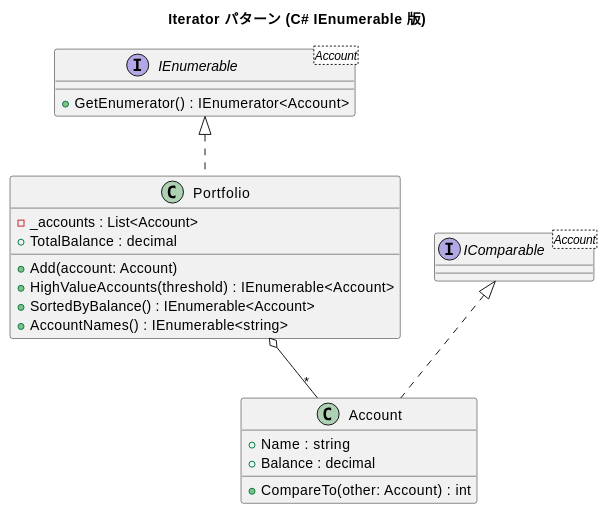
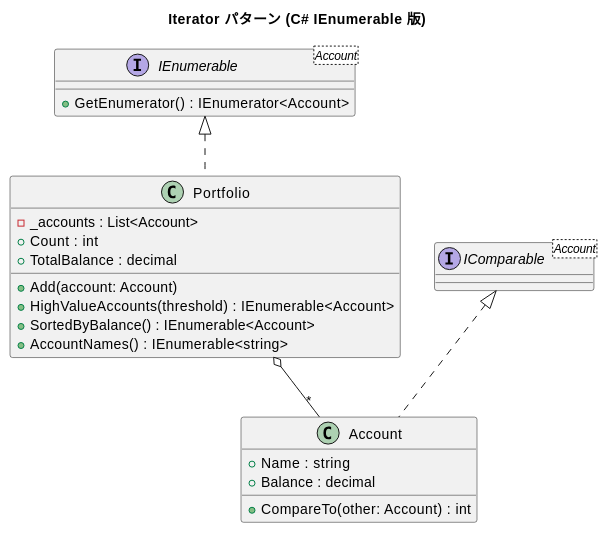
The diagram in docs/article/csharp/08-iterator.md (k2works/getting-started-design-pattern), drawn with PlantUML before and after one commit. The commit also changed other lines of this file and 7 other files, not shown here.

````diff
--- a/docs/article/csharp/08-iterator.md
+++ b/docs/article/csharp/08-iterator.md
@@ -13,30 +13,31 @@
 ```plantuml
 @startuml
 title Iterator パターン (C# IEnumerable 版)
 
 interface "IEnumerable<Account>" as IE {
   + GetEnumerator() : IEnumerator<Account>
 }
 
 class Portfolio {
   - _accounts : List<Account>
   + Add(account: Account)
+  + Count : int
   + TotalBalance : decimal
   + HighValueAccounts(threshold) : IEnumerable<Account>
   + SortedByBalance() : IEnumerable<Account>
   + AccountNames() : IEnumerable<string>
 }
 
 class Account {
   + Name : string
   + Balance : decimal
   + CompareTo(other: Account) : int
 }
 
 interface "IComparable<Account>" as IC
 
 IE <|.. Portfolio
 IC <|.. Account
 Portfolio o-- "*" Account
 @enduml
 ```
````
